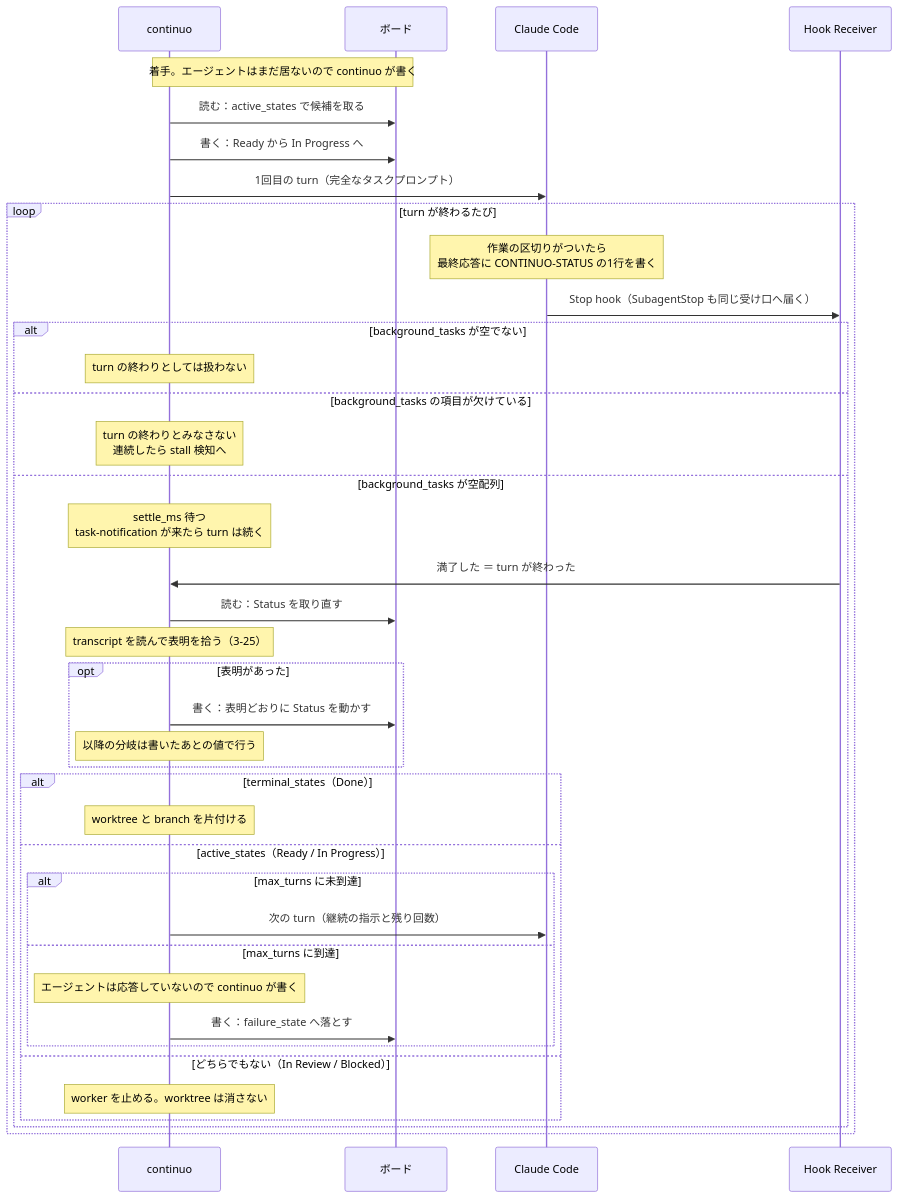
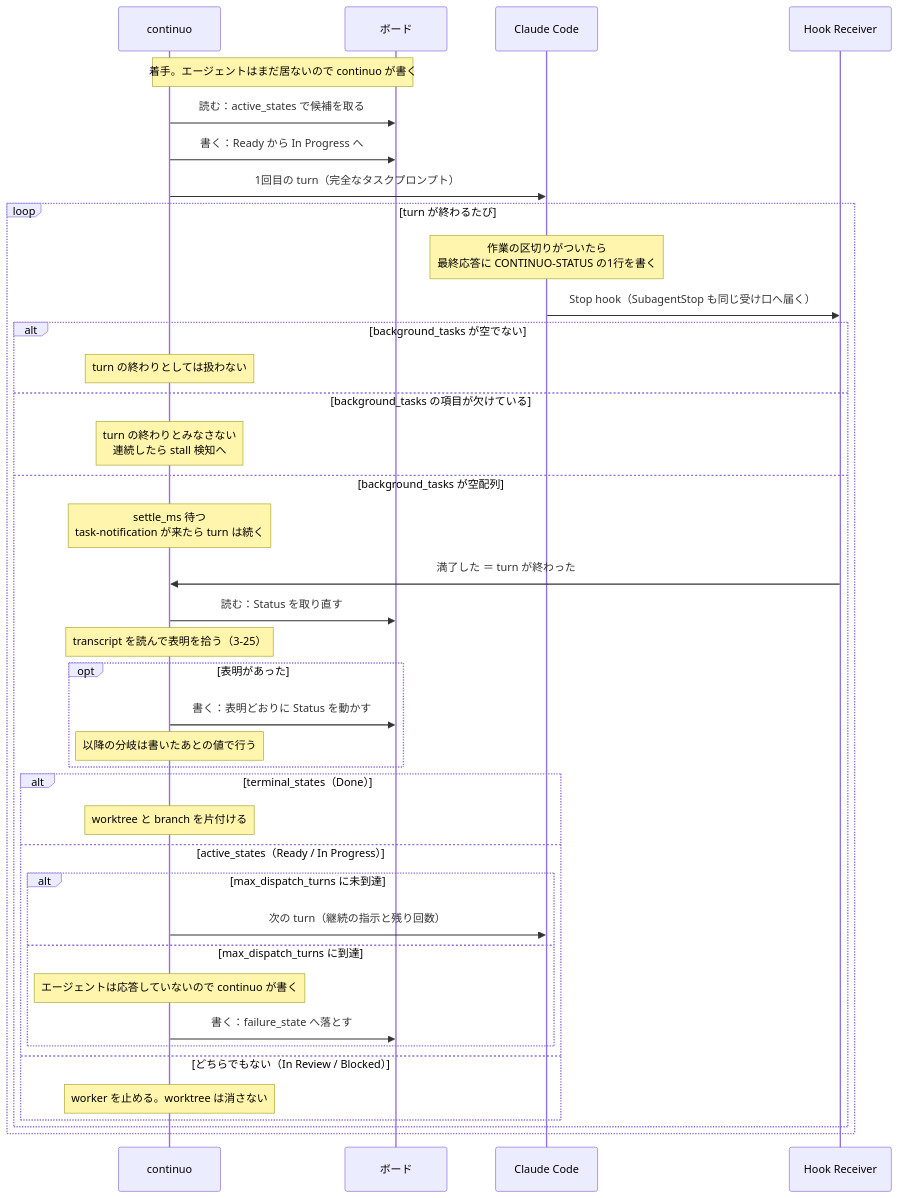
The third of 6 diagrams in docs/plans/continuo_design.md (maimuzo/continuo), drawn with Mermaid before and after one commit. The commit also changed other lines of this file and 41 other files, not shown here.

````diff
--- a/docs/plans/continuo_design.md
+++ b/docs/plans/continuo_design.md
@@ -1097,43 +1099,43 @@
 ```mermaid
 sequenceDiagram
     participant ORC as continuo
     participant BOARD as ボード
     participant CC as Claude Code
     participant HKR as Hook Receiver
 
     Note over ORC,BOARD: 着手。エージェントはまだ居ないので continuo が書く
     ORC->>BOARD: 読む：active_states で候補を取る
     ORC->>BOARD: 書く：Ready から In Progress へ
     ORC->>CC: 1回目の turn（完全なタスクプロンプト）
 
     loop turn が終わるたび
         Note over CC: 作業の区切りがついたら<br/>最終応答に CONTINUO-STATUS の1行を書く
         CC->>HKR: Stop hook（SubagentStop も同じ受け口へ届く）
         alt background_tasks が空でない
             Note over ORC: turn の終わりとしては扱わない
         else background_tasks の項目が欠けている
             Note over ORC: turn の終わりとみなさない<br/>連続したら stall 検知へ
         else background_tasks が空配列
             Note over ORC: settle_ms 待つ<br/>task-notification が来たら turn は続く
             HKR->>ORC: 満了した ＝ turn が終わった
             ORC->>BOARD: 読む：Status を取り直す
             Note over ORC: transcript を読んで表明を拾う（3-25）
             opt 表明があった
                 ORC->>BOARD: 書く：表明どおりに Status を動かす
                 Note over ORC: 以降の分岐は書いたあとの値で行う
             end
             alt terminal_states（Done）
                 Note over ORC: worktree と branch を片付ける
             else active_states（Ready / In Progress）
-                alt max_turns に未到達
+                alt max_dispatch_turns に未到達
                     ORC->>CC: 次の turn（継続の指示と残り回数）
-                else max_turns に到達
+                else max_dispatch_turns に到達
                     Note over ORC: エージェントは応答していないので continuo が書く
                     ORC->>BOARD: 書く：failure_state へ落とす
                 end
             else どちらでもない（In Review / Blocked）
                 Note over ORC: worker を止める。worktree は消さない
             end
         end
     end
 ```
````
